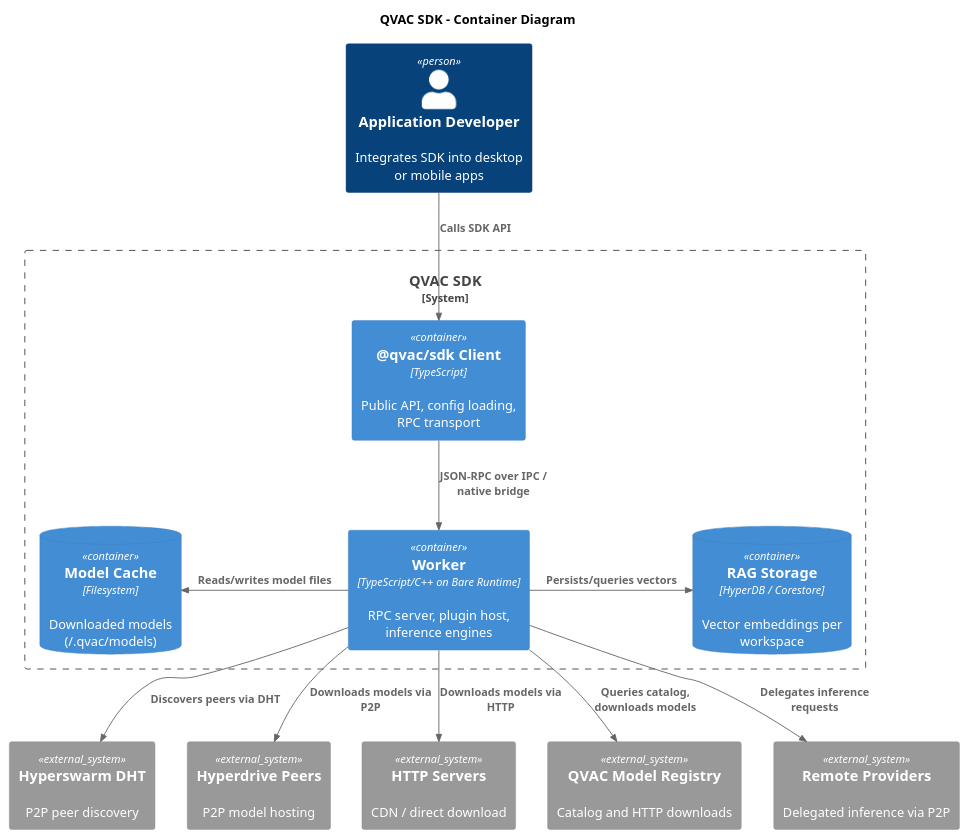
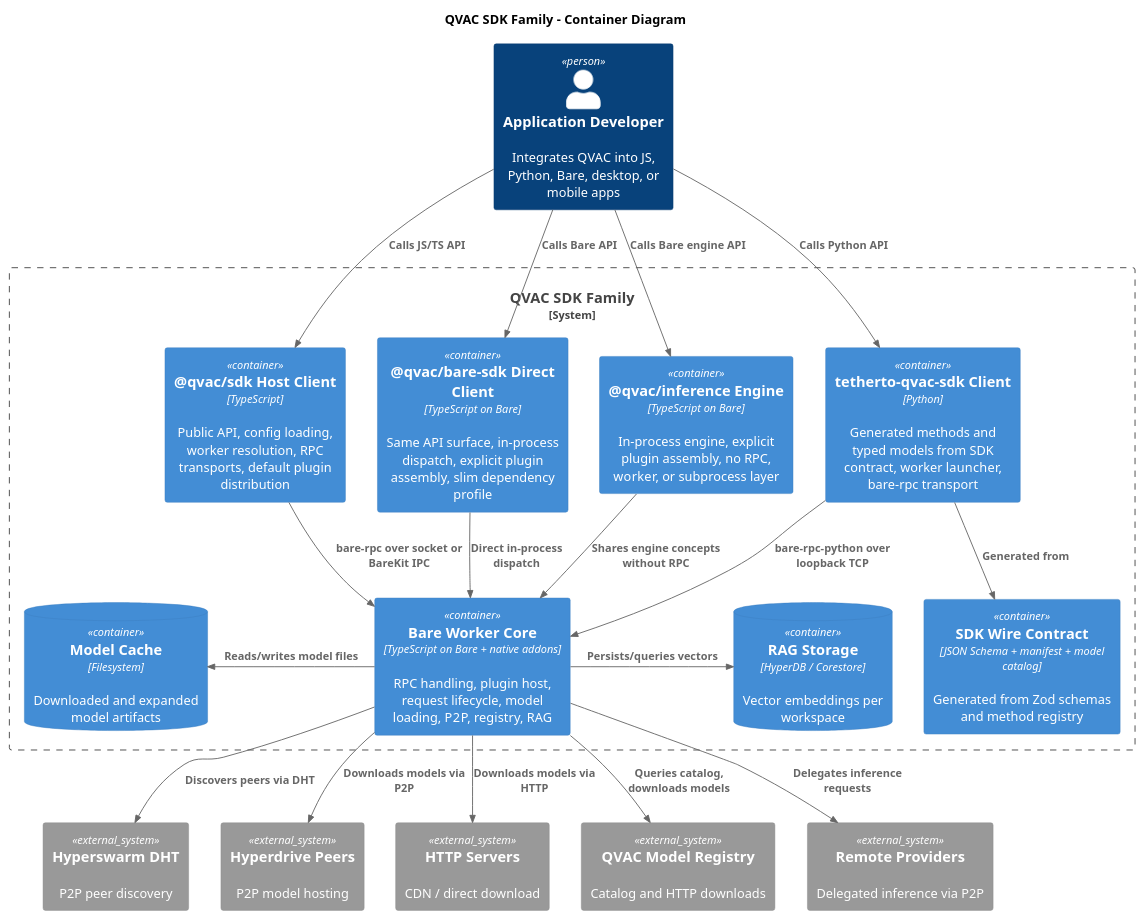
Before and after one commit to tetherto/qvac: the diagram in docs/architecture/puml/02-container.puml, drawn with PlantUML. The commit also changed 20 other files, not shown here.

Commit message:
doc[notask]: actualize sdk architecture docs

```diff
--- a/docs/architecture/puml/02-container.puml
+++ b/docs/architecture/puml/02-container.puml
@@ -1,36 +1,47 @@
 @startuml
 !include <C4/C4_Container>
 
-title QVAC SDK – Container Diagram
+title QVAC SDK Family - Container Diagram
 
-Person(dev, "Application Developer", "Integrates SDK into desktop or mobile apps")
+Person(dev, "Application Developer", "Integrates QVAC into JS, Python, Bare, desktop, or mobile apps")
 
-System_Boundary(sdk, "QVAC SDK") {
-    Container(client, "@qvac/sdk Client", "TypeScript", "Public API, config loading, RPC transport")
-    Container(worker, "Worker", "TypeScript/C++ on Bare Runtime", "RPC server, plugin host, inference engines")
-    ContainerDb(cache, "Model Cache", "Filesystem", "Downloaded models (~/.qvac/models)")
+System_Boundary(sdk, "QVAC SDK Family") {
+    Container(ts_client, "@qvac/sdk Host Client", "TypeScript", "Public API, config loading, worker resolution, RPC transports, default plugin distribution")
+    Container(bare_client, "@qvac/bare-sdk Direct Client", "TypeScript on Bare", "Same API surface, in-process dispatch, explicit plugin assembly, slim dependency profile")
+    Container(inference, "@qvac/inference Engine", "TypeScript on Bare", "In-process engine, explicit plugin assembly, no RPC, worker, or subprocess layer")
+    Container(py_client, "tetherto-qvac-sdk Client", "Python", "Generated methods and typed models from SDK contract, worker launcher, bare-rpc transport")
+    Container(contract, "SDK Wire Contract", "JSON Schema + manifest + model catalog", "Generated from Zod schemas and method registry")
+    Container(worker, "Bare Worker Core", "TypeScript on Bare + native addons", "RPC handling, plugin host, request lifecycle, model loading, P2P, registry, RAG")
+    ContainerDb(cache, "Model Cache", "Filesystem", "Downloaded and expanded model artifacts")
     ContainerDb(rag_store, "RAG Storage", "HyperDB / Corestore", "Vector embeddings per workspace")
 }
 
 System_Ext(dht, "Hyperswarm DHT", "P2P peer discovery")
 System_Ext(hyperdrive, "Hyperdrive Peers", "P2P model hosting")
 System_Ext(cdn, "HTTP Servers", "CDN / direct download")
 System_Ext(registry, "QVAC Model Registry", "Catalog and HTTP downloads")
 System_Ext(providers, "Remote Providers", "Delegated inference via P2P")
 
-Rel_D(dev, client, "Calls SDK API")
-Rel_D(client, worker, "JSON-RPC over IPC / native bridge")
+Rel_D(dev, ts_client, "Calls JS/TS API")
+Rel_D(dev, bare_client, "Calls Bare API")
+Rel_D(dev, inference, "Calls Bare engine API")
+Rel_D(dev, py_client, "Calls Python API")
+Rel_D(py_client, contract, "Generated from")
+Rel_D(ts_client, worker, "bare-rpc over socket or BareKit IPC")
+Rel_D(py_client, worker, "bare-rpc-python over loopback TCP")
+Rel_D(bare_client, worker, "Direct in-process dispatch")
+Rel_D(inference, worker, "Shares engine concepts without RPC")
 Rel_L(worker, cache, "Reads/writes model files")
 Rel_R(worker, rag_store, "Persists/queries vectors")
 Rel_D(worker, dht, "Discovers peers via DHT")
 Rel_D(worker, hyperdrive, "Downloads models via P2P")
 Rel_D(worker, cdn, "Downloads models via HTTP")
 Rel_D(worker, registry, "Queries catalog, downloads models")
 Rel_D(worker, providers, "Delegates inference requests")
 
 Lay_R(dht, hyperdrive)
 Lay_R(hyperdrive, cdn)
 Lay_R(cdn, registry)
 Lay_R(registry, providers)
 
 @enduml
```
